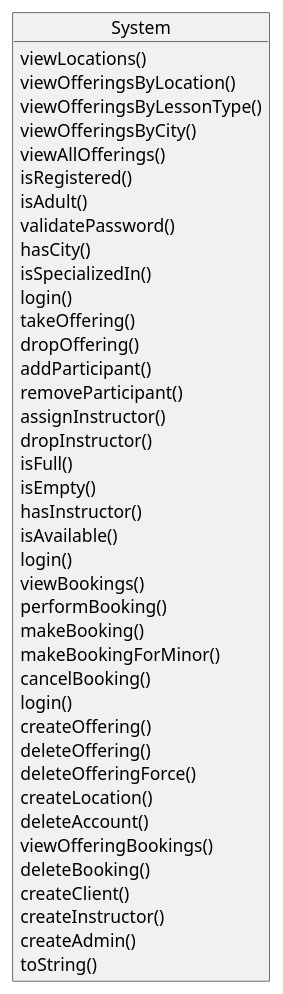
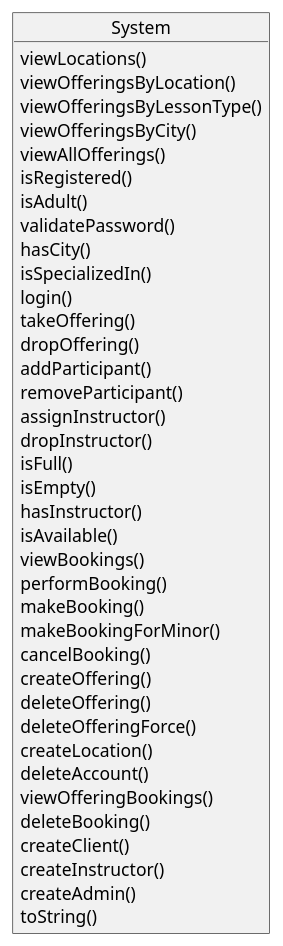
The diagram in Documentation/SystemOperations#2.plantUML (FrancoDominguez/SOEN342-project), drawn with PlantUML before and after one commit. The commit also changed 1 other file, not shown here.

```diff
--- a/Documentation/SystemOperations#2.plantUML
+++ b/Documentation/SystemOperations#2.plantUML
@@ -1,45 +1,43 @@
 @startuml SystemOperations#2
 
 object System {
     viewLocations()
     viewOfferingsByLocation()
     viewOfferingsByLessonType()
     viewOfferingsByCity()
     viewAllOfferings()
     isRegistered()
     isAdult()
     validatePassword()
     hasCity()
     isSpecializedIn()
     login()
     takeOffering()
     dropOffering()
     addParticipant()
     removeParticipant()
     assignInstructor()
     dropInstructor()
     isFull()
     isEmpty()
     hasInstructor()
     isAvailable()
-    login()
     viewBookings()
     performBooking()
     makeBooking()
     makeBookingForMinor()
     cancelBooking()
-    login()
     createOffering()
     deleteOffering()
     deleteOfferingForce()
     createLocation()
     deleteAccount()
     viewOfferingBookings()
     deleteBooking()
     createClient()
     createInstructor()
     createAdmin()
     toString()
 }
 
 @enduml
```
